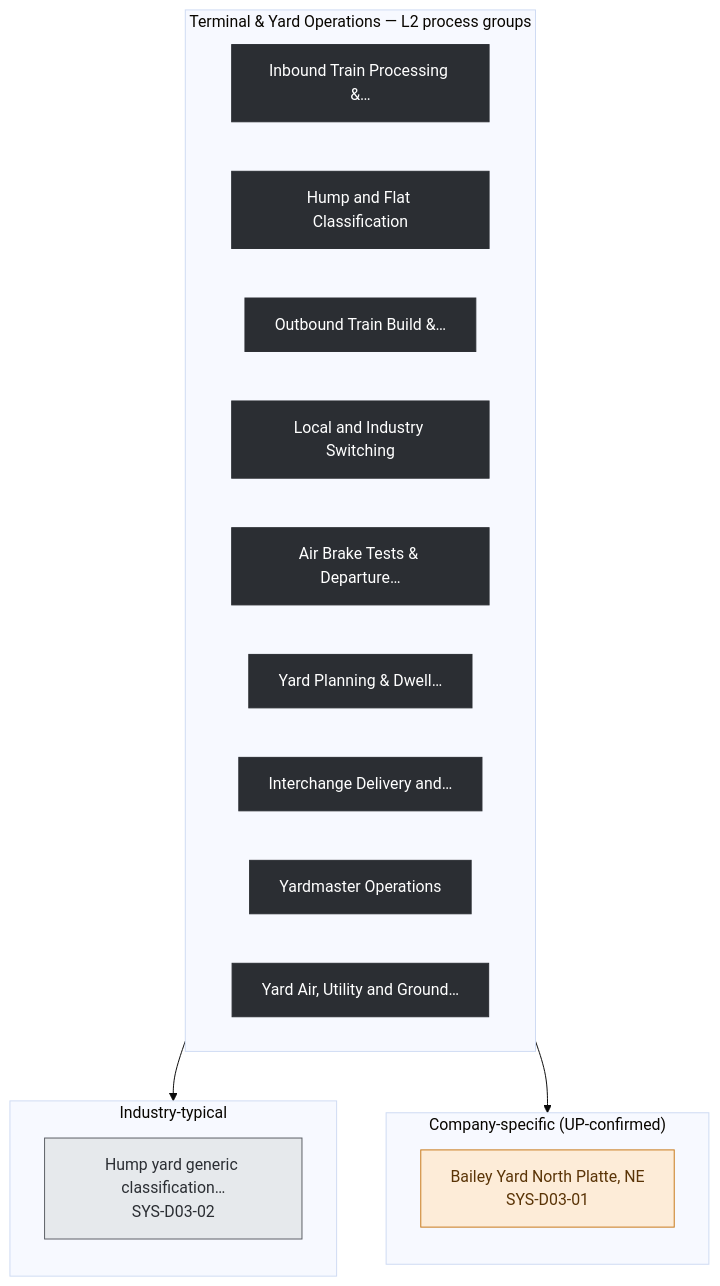
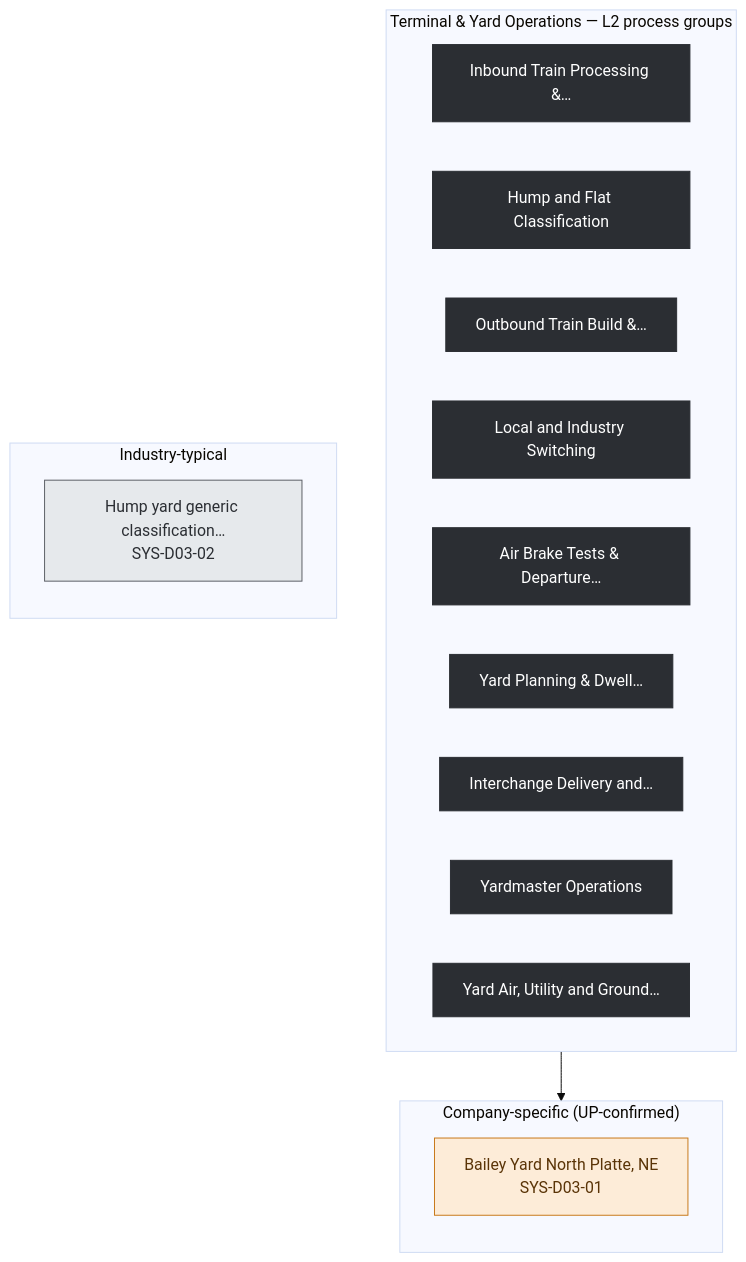
Before and after one commit to ghatk047/rail-wiki: the diagram in ea-diagrams/rr-03-terminal-yard-operations.mmd, drawn with Mermaid. The commit also changed 16 other files, not shown here.

```diff
--- a/ea-diagrams/rr-03-terminal-yard-operations.mmd
+++ b/ea-diagrams/rr-03-terminal-yard-operations.mmd
@@ -1,34 +1,33 @@
 %%{init: {'flowchart': {'curve': 'basis'}, 'theme':'base'}}%%
 flowchart TB
 
   subgraph PROCS["Terminal & Yard Operations — L2 process groups"]
     direction LR
     G1["Inbound Train Processing &…"]:::l2
     G2["Hump and Flat Classification"]:::l2
     G3["Outbound Train Build &…"]:::l2
     G4["Local and Industry Switching"]:::l2
     G5["Air Brake Tests & Departure…"]:::l2
     G6["Yard Planning & Dwell…"]:::l2
     G7["Interchange Delivery and…"]:::l2
     G8["Yardmaster Operations"]:::l2
     G9["Yard Air, Utility and Ground…"]:::l2
   end
 
   subgraph COMPANY["Company-specific (UP-confirmed)"]
     direction TB
     C1["Bailey Yard North Platte, NE\nSYS-D03-01"]:::company
   end
   subgraph INDUSTRY["Industry-typical"]
     direction TB
     I1["Hump yard generic classification…\nSYS-D03-02"]:::industry
   end
 
   %% Usage -- from data/processes.json, real generated content only
   G5 --> C1
-  G5 --> I1
 
 classDef l2 fill:#2b2e33,color:#fff,stroke:#2b2e33
 classDef company fill:#fdecd8,stroke:#c8791a,color:#5a3407
 classDef industry fill:#e6e9ec,stroke:#5c5f66,color:#2b2e33
 classDef other fill:#f2f2f0,stroke:#9a9da3,color:#3d4348
 classDef empty fill:#fff4e5,stroke:#c8791a,color:#5a3407,stroke-dasharray: 4 3
```
